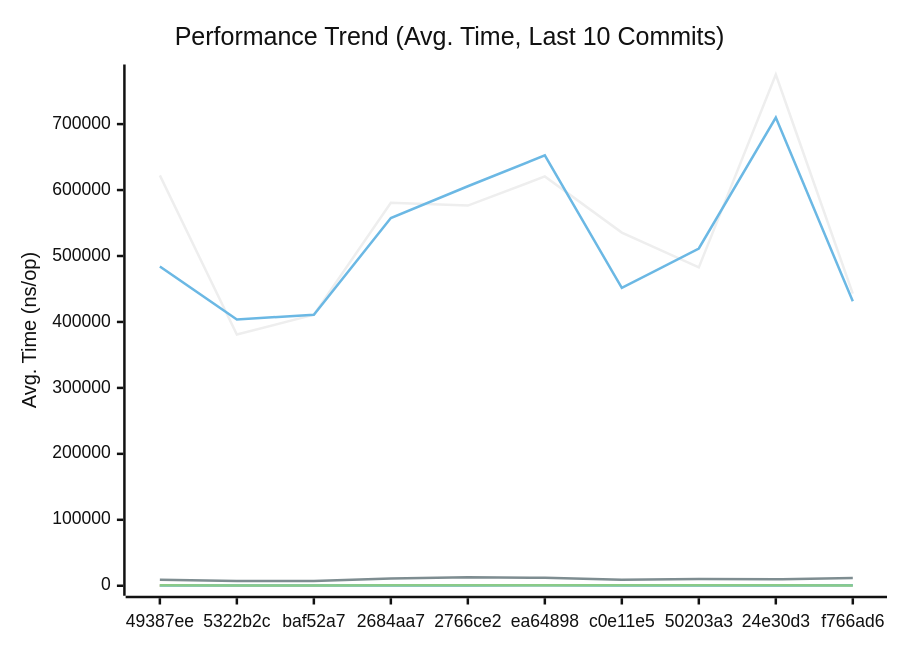
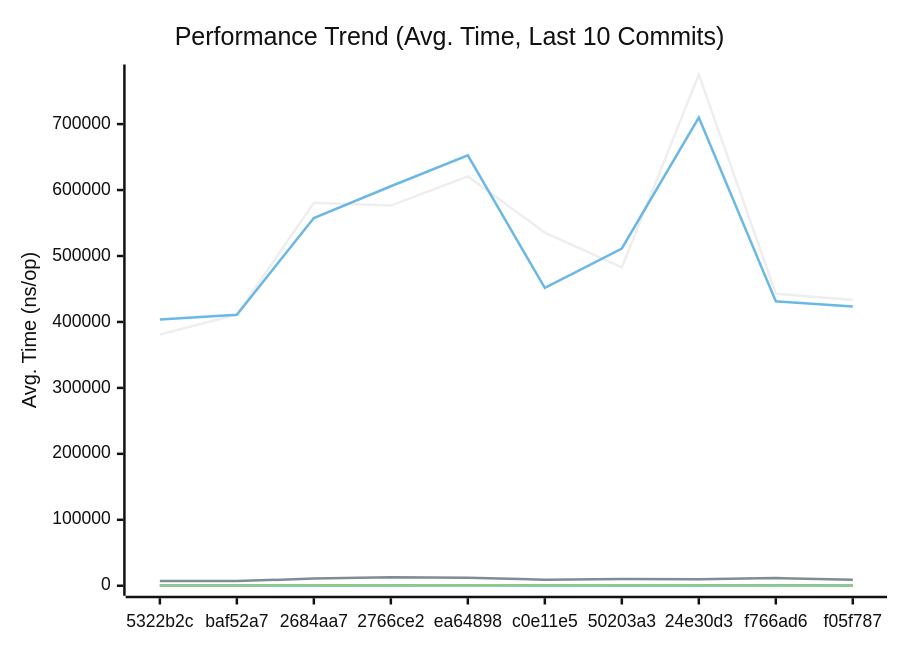
The first of 3 diagrams in docs/PERFORMANCE.md (alsotoes/momo), drawn with Mermaid (neutral theme) before and after one commit. The commit also changed other lines of this file and 3 other files, not shown here.

````diff
--- a/docs/PERFORMANCE.md
+++ b/docs/PERFORMANCE.md
@@ -145,20 +145,20 @@
 ```mermaid
 xychart-beta
     title "Performance Trend (Avg. Time, Last 10 Commits)"
     x-axis "Commit"
     y-axis "Avg. Time (ns/op)"
-    x-axis [49387ee,5322b2c,baf52a7,2684aa7,2766ce2,ea64898,c0e11e5,50203a3,24e30d3,f766ad6]
-    line "AWSChunkedReaderSigned" [622202,380899,410944,580705,576464,620631,535526,482680,775197,442836]
-    line "AWSChunkedReaderUnsigned" [484134,403705,410907,557512,605728,652637,451534,511362,709921,431233]
-    line "CheckMetricsAndSwap" [8,9,7,10,11,10,9,10,9,8]
-    line "CrushOptimized" [403,296,264,368,415,420,335,311,403,380]
-    line "CrushOriginal" [474,375,370,598,664,874,456,584,546,566]
-    line "IndexDirectTracking" [0,0,0,0,0,0,1,0,0,0]
-    line "IndexSearch" [3,3,3,3,4,3,3,3,3,3]
-    line "LoadGlobalConfig" [9150,7234,7096,10842,13042,12014,9184,10419,9722,11718]
-    line "PadString" [48,35,34,55,63,56,46,48,53,45]
+    x-axis [5322b2c,baf52a7,2684aa7,2766ce2,ea64898,c0e11e5,50203a3,24e30d3,f766ad6,f05f787]
+    line "AWSChunkedReaderSigned" [380899,410944,580705,576464,620631,535526,482680,775197,442836,433269]
+    line "AWSChunkedReaderUnsigned" [403705,410907,557512,605728,652637,451534,511362,709921,431233,423356]
+    line "CheckMetricsAndSwap" [9,7,10,11,10,9,10,9,8,8]
+    line "CrushOptimized" [296,264,368,415,420,335,311,403,380,323]
+    line "CrushOriginal" [375,370,598,664,874,456,584,546,566,539]
+    line "IndexDirectTracking" [0,0,0,0,0,1,0,0,0,0]
+    line "IndexSearch" [3,3,3,4,3,3,3,3,3,3]
+    line "LoadGlobalConfig" [7234,7096,10842,13042,12014,9184,10419,9722,11718,9120]
+    line "PadString" [35,34,55,63,56,46,48,53,45,44]
     line "ParseReplicationOrder_NoPrealloc" [350,349,357,354,345,225,229,165,232,234]
     line "ParseReplicationOrder_Prealloc" [229,231,237,234,229,108,107,80,110,109]
-    line "SanitizeLog/Safe" [543,398,379,530,569,614,504,554,457,620]
-    line "SanitizeLog/Unsafe" [680,482,537,734,816,804,636,638,832,535]
+    line "SanitizeLog/Safe" [398,379,530,569,614,504,554,457,620,444]
+    line "SanitizeLog/Unsafe" [482,537,734,816,804,636,638,832,535,520]
 ```
````
